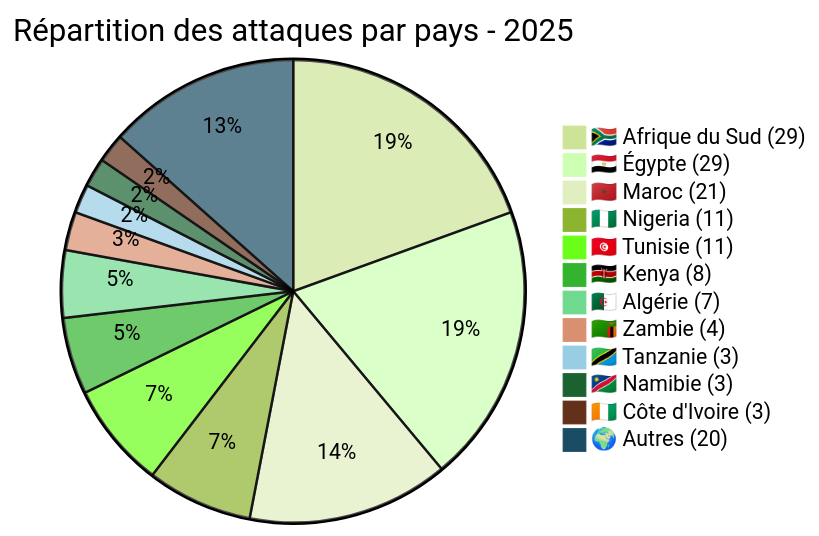
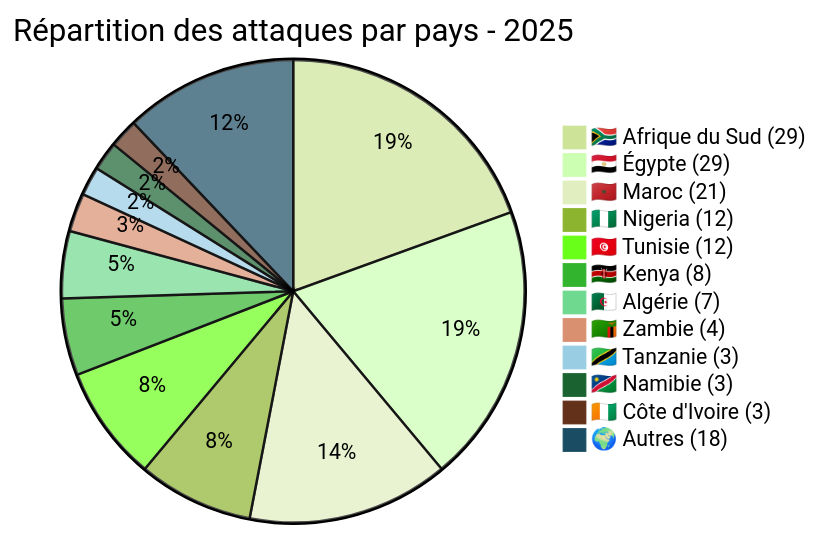
One commit to Hatchepsoute/AFRINTEL changed the fifth of 6 diagrams in CyberAttackAfrica/2025/README_FR.md. Above: the diagram before and after it, drawn with Mermaid (forest theme). The commit also changed other lines of this file and 85 other files, not shown here.

````diff
--- a/CyberAttackAfrica/2025/README_FR.md
+++ b/CyberAttackAfrica/2025/README_FR.md
@@ -155,15 +155,15 @@
 ```mermaid
 pie title Répartition des attaques par pays - 2025
     "🇿🇦 Afrique du Sud (29)" : 29
     "🇪🇬 Égypte (29)" : 29
     "🇲🇦 Maroc (21)" : 21
-    "🇳🇬 Nigeria (11)" : 11
-    "🇹🇳 Tunisie (11)" : 11
+    "🇳🇬 Nigeria (12)" : 12
+    "🇹🇳 Tunisie (12)" : 12
     "🇰🇪 Kenya (8)" : 8
     "🇩🇿 Algérie (7)" : 7
     "🇿🇲 Zambie (4)" : 4
     "🇹🇿 Tanzanie (3)" : 3
     "🇳🇦 Namibie (3)" : 3
     "🇨🇮 Côte d'Ivoire (3)" : 3
-    "🌍 Autres (20)" : 20
+    "🌍 Autres (18)" : 18
 ```
````
